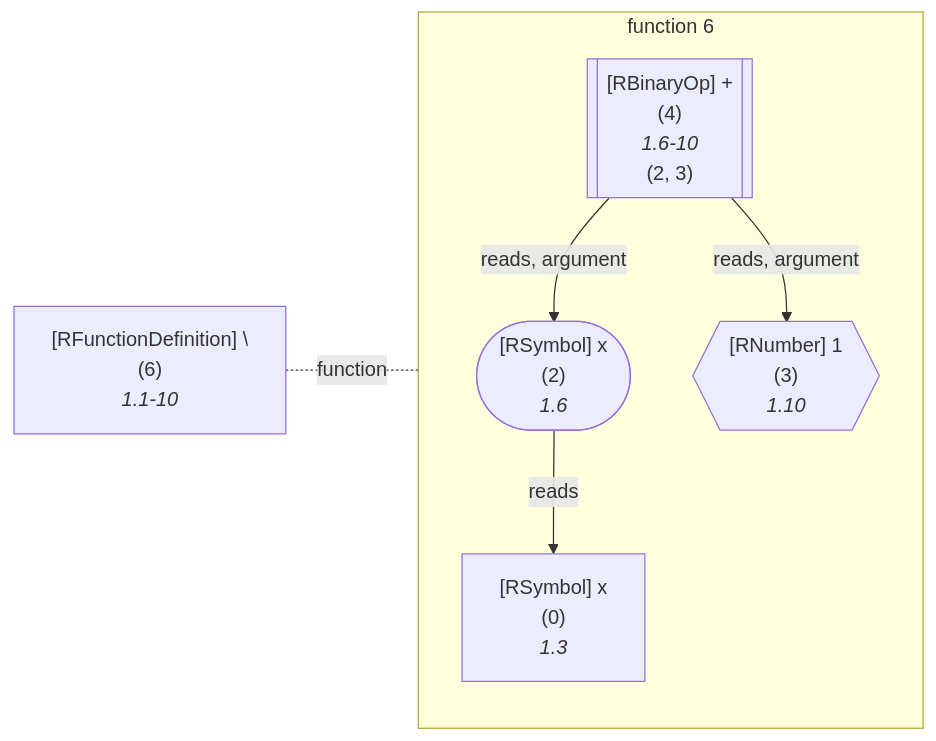
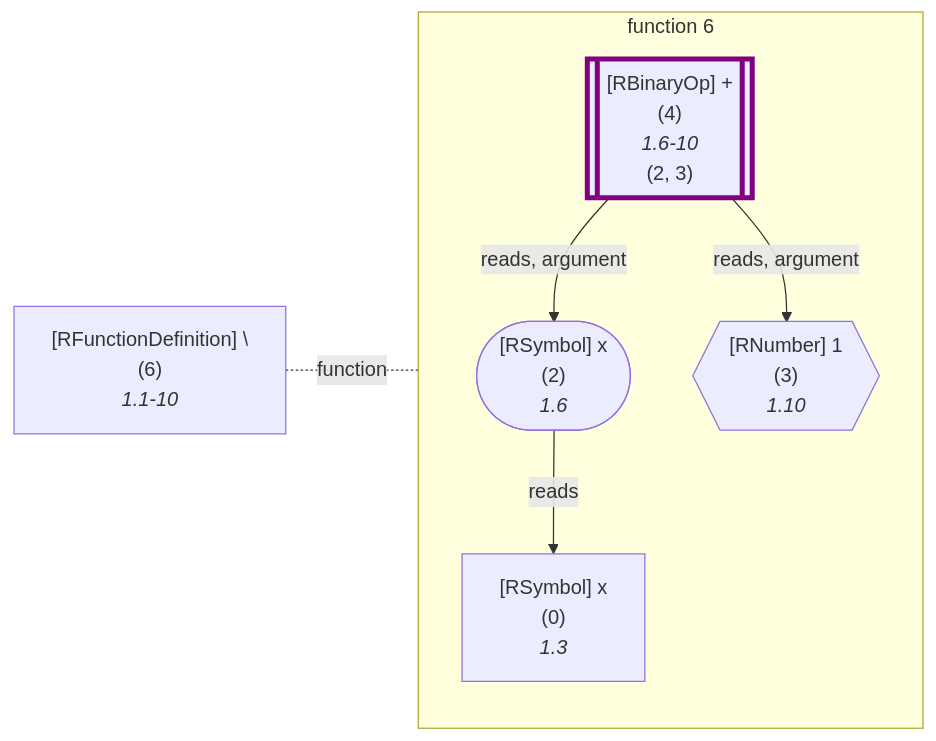
Diagram 25 of 48 in wiki/Dataflow Graph.md (flowr-analysis/flowr), drawn with Mermaid before and after one commit. The commit also changed other lines of this file and 3 other files, not shown here.

Commit message:
[skip ci] doc: update generated wiki pages (wiki/Capabilities,wiki/Dataflow Graph,wiki/Interface,wiki/Core)

````diff
--- a/wiki/Dataflow Graph.md
+++ b/wiki/Dataflow Graph.md
@@ -3600,26 +3603,27 @@
 ```mermaid
 flowchart LR
     6["`#91;RFunctionDefinition#93; #92;
       (6)
       *1.1-10*`"]
 
 subgraph "flow-6" [function 6]
     0["`#91;RSymbol#93; x
       (0)
       *1.3*`"]
     2(["`#91;RSymbol#93; x
       (2)
       *1.6*`"])
     3{{"`#91;RNumber#93; 1
       (3)
       *1.10*`"}}
     4[["`#91;RBinaryOp#93; #43;
       (4)
       *1.6-10*
     (2, 3)`"]]
+    style 4 stroke:purple,stroke-width:4px; 
 end
     2 -->|"reads"| 0
     4 -->|"reads, argument"| 2
     4 -->|"reads, argument"| 3
 6 -.-|function| flow-6
 ```
````
